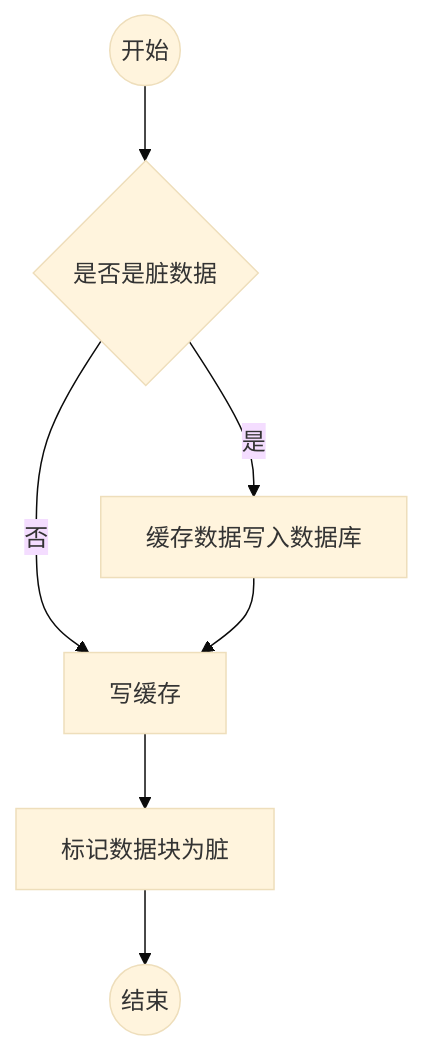
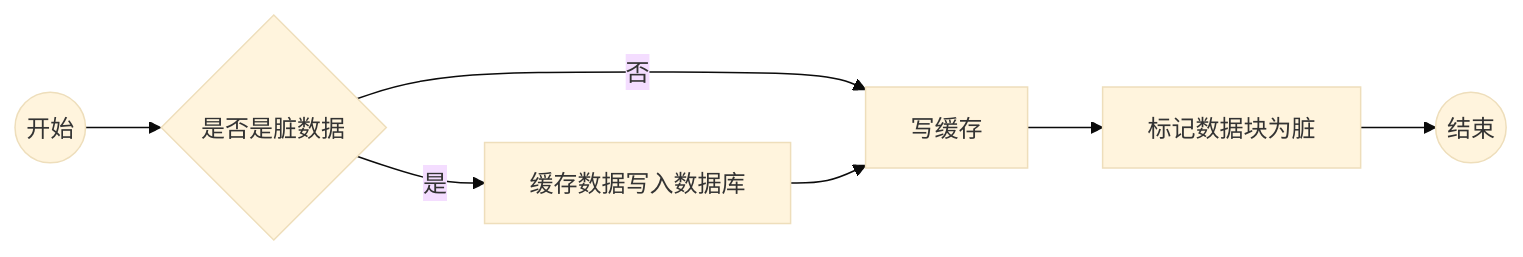
One commit to Dairy-cn/note changed the diagram in 缓存篇/缓存的使用姿势.md. Above: the diagram before and after it, drawn with Mermaid (base theme). The commit also changed other lines of this file and 1 other file, not shown here.

Commit message:
mysql练习题

````diff
--- a/缓存篇/缓存的使用姿势.md
+++ b/缓存篇/缓存的使用姿势.md
@@ -22,10 +22,10 @@
 ```mermaid
-graph 
+graph LR
 A((开始))-->C{是否是脏数据}
 C-->|是|D[缓存数据写入数据库]
 C-->|否|F[写缓存]
 D-->F
 F-->E[标记数据块为脏]
 E-->J((结束))
 
 ```
````
